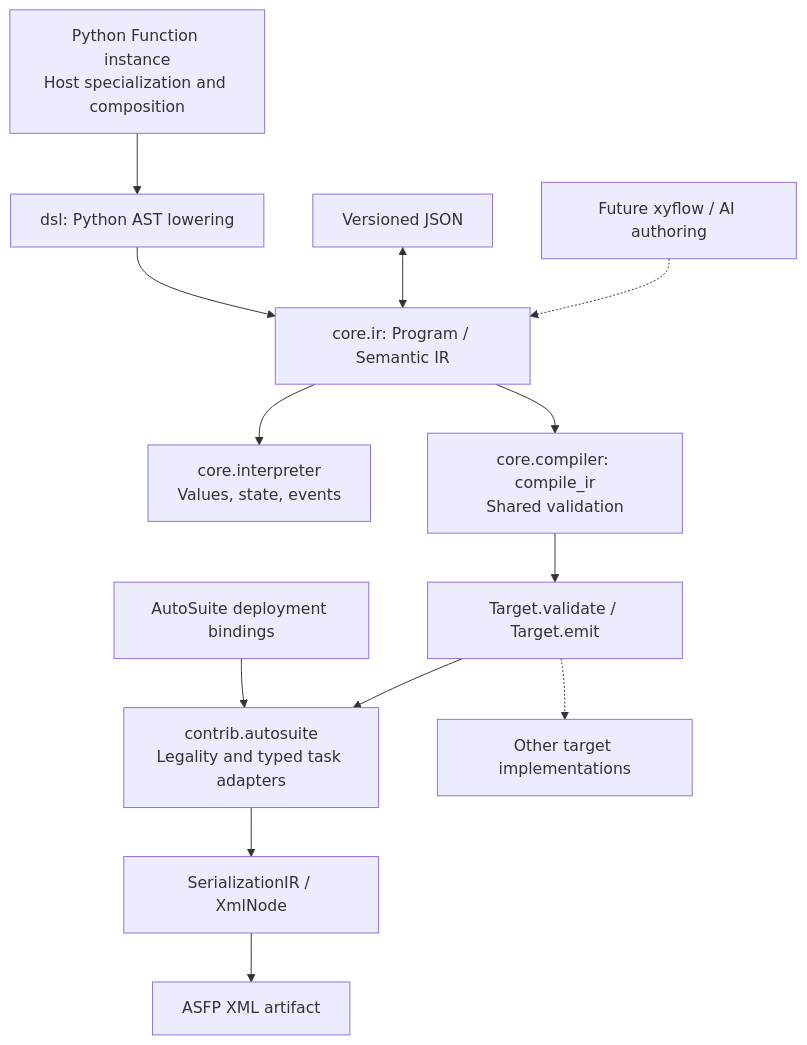
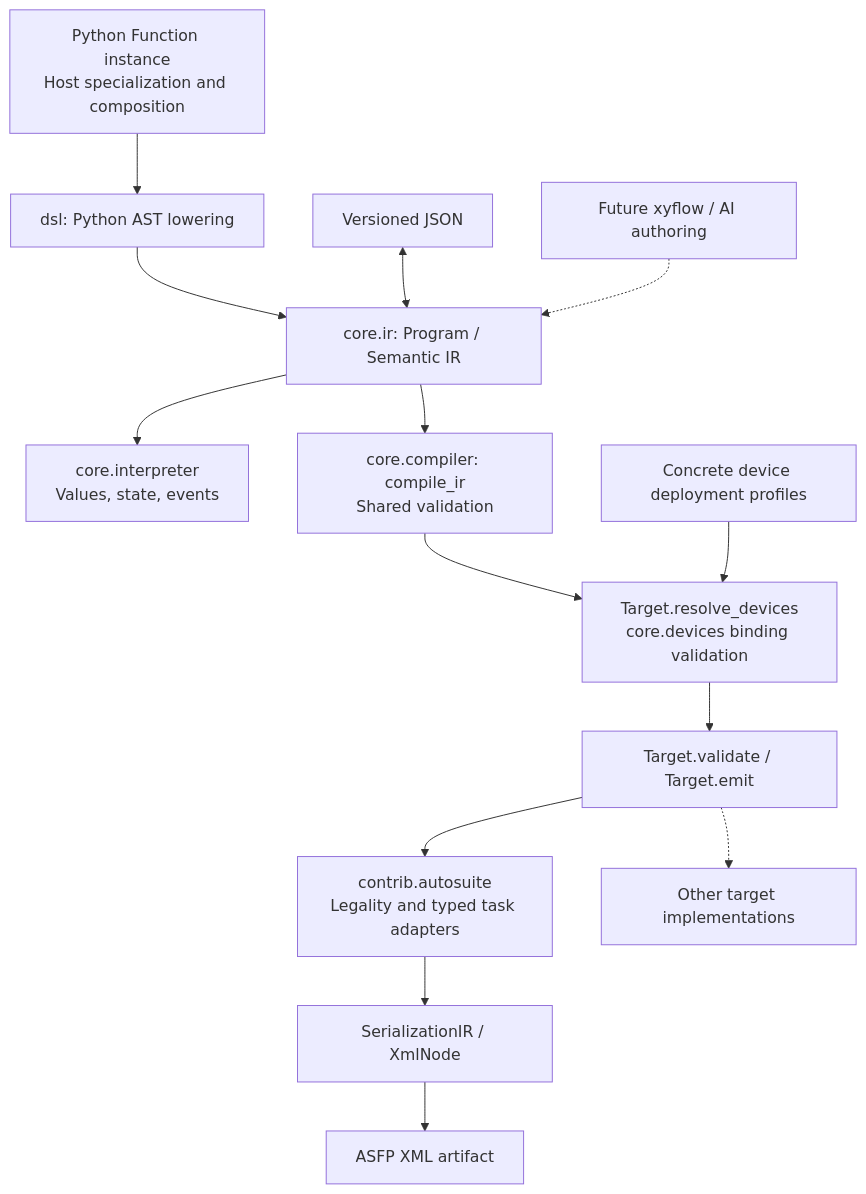
Before and after one commit to TsumiNa/sciloom: the diagram in docs/02_COMPILER_ARCHITECTURE.md, drawn with Mermaid. The commit also changed other lines of this file and 36 other files, not shown here.

First line of the commit message:
Declare logical device slots with explicit target bindings (#24)

````diff
--- a/docs/02_COMPILER_ARCHITECTURE.md
+++ b/docs/02_COMPILER_ARCHITECTURE.md
@@ -21,15 +21,16 @@
 ```mermaid
 flowchart TB
     Python["Python Function instance<br/>Host specialization and composition"] --> Lower["dsl: Python AST lowering"]
     Lower --> IR["core.ir: Program / Semantic IR"]
     JSON["Versioned JSON"] <--> IR
     Author["Future xyflow / AI authoring"] -.-> IR
     IR --> Reference["core.interpreter<br/>Values, state, events"]
     IR --> Compile["core.compiler: compile_ir<br/>Shared validation"]
-    Compile --> Target["Target.validate / Target.emit"]
-    Bind["AutoSuite deployment bindings"] --> AutoSuite
+    Compile --> Resolve["Target.resolve_devices<br/>core.devices binding validation"]
+    Resolve --> Target["Target.validate / Target.emit"]
+    Bind["Concrete device deployment profiles"] --> Resolve
     Target --> AutoSuite["contrib.autosuite<br/>Legality and typed task adapters"]
     Target -.-> Other["Other target implementations"]
     AutoSuite --> SIR["SerializationIR / XmlNode"]
     SIR --> XML["ASFP XML artifact"]
 ```
````
